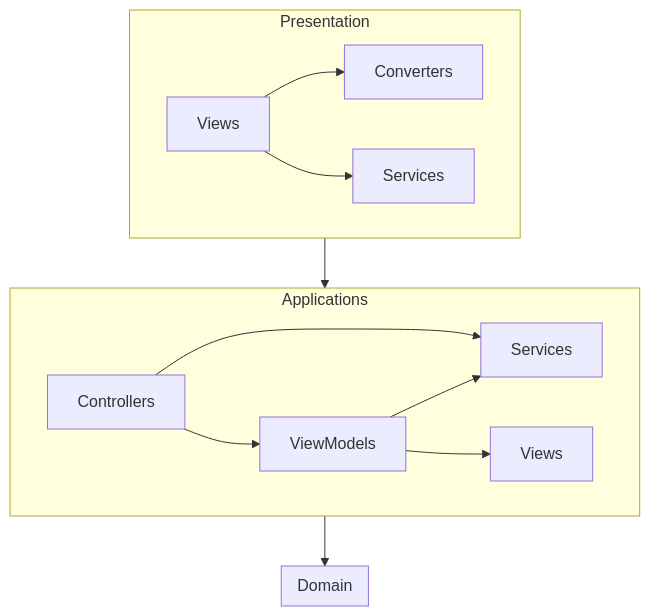
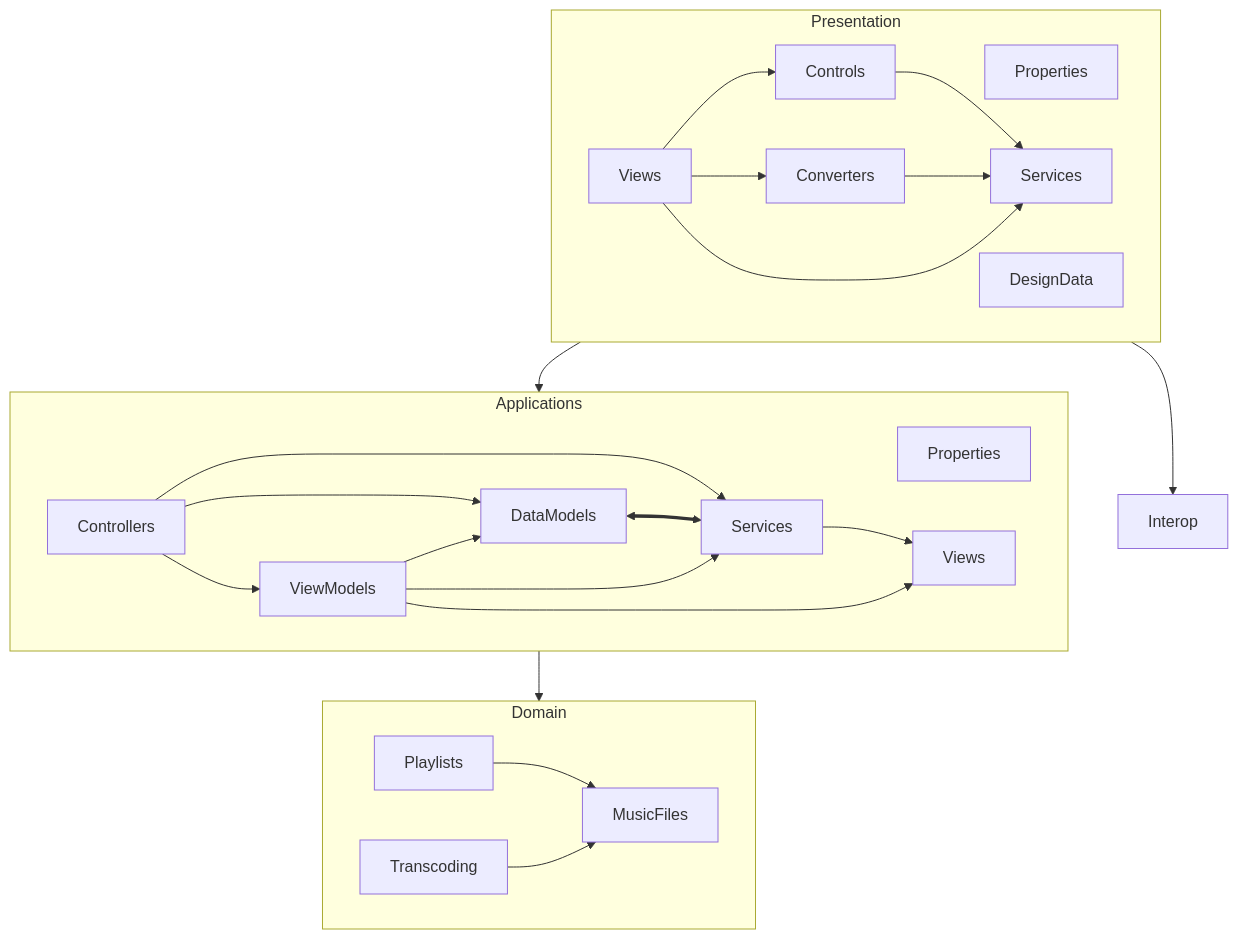
The diagram in src/MusicManager/Architecture.md (jbe2277/musicmanager), drawn with Mermaid before and after one commit. The commit also changed other lines of this file, not shown here.

Commit message:
Doc: Revise Architecture documentation with new components

````diff
--- a/src/MusicManager/Architecture.md
+++ b/src/MusicManager/Architecture.md
@@ -5,33 +5,54 @@
 ```mermaid
 flowchart TB
 
   subgraph P["Presentation"]
     direction LR
+    P_P["Properties"]
+    P_CT["Controls"]
     P_C["Converters"]
+    P_DD["DesignData"]
     P_S["Services"]
     P_V["Views"]
   end
 
+  I["Interop"]
+
   subgraph A["Applications"]
     direction LR
+    A_P["Properties"]    
     A_C["Controllers"]
+    A_DM["DataModels"]
     A_S["Services"]
     A_VM["ViewModels"]
     A_V["Views"]
   end
 
   subgraph D["Domain"]
     direction LR
+    D_MF["MusicFiles"]
+    D_P["Playlists"]
+    D_T["Transcoding"]
   end
 
+  P --> I
   P --> A
   A --> D
 
-  P_V --> P_C
+  P_CT --> P_S
+  P_C --> P_S  
+  P_V --> P_CT
+  P_V --> P_C  
   P_V --> P_S
 
+  A_C --> A_DM
   A_C --> A_S
   A_C --> A_VM
+  A_DM <==> A_S
+  A_S --> A_V
+  A_VM --> A_DM
   A_VM --> A_S
   A_VM --> A_V
+
+  D_P --> D_MF
+  D_T --> D_MF
 ```
````
